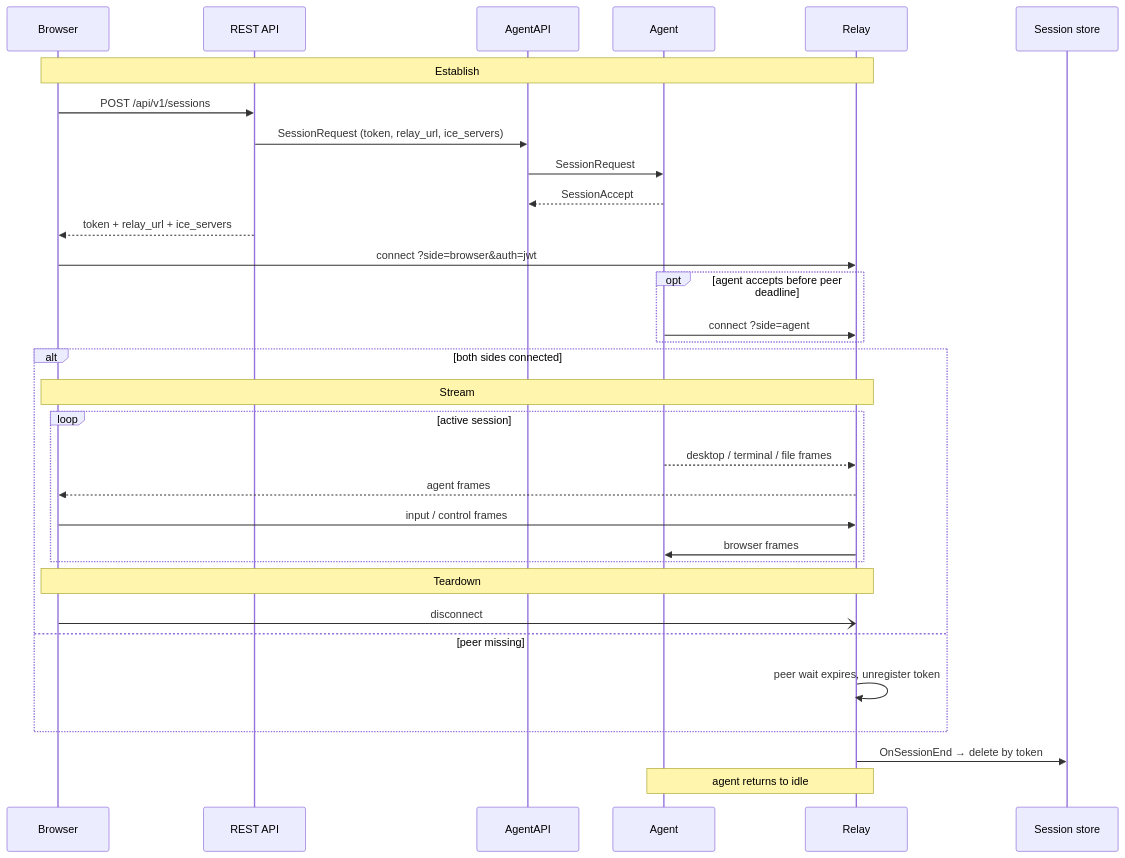
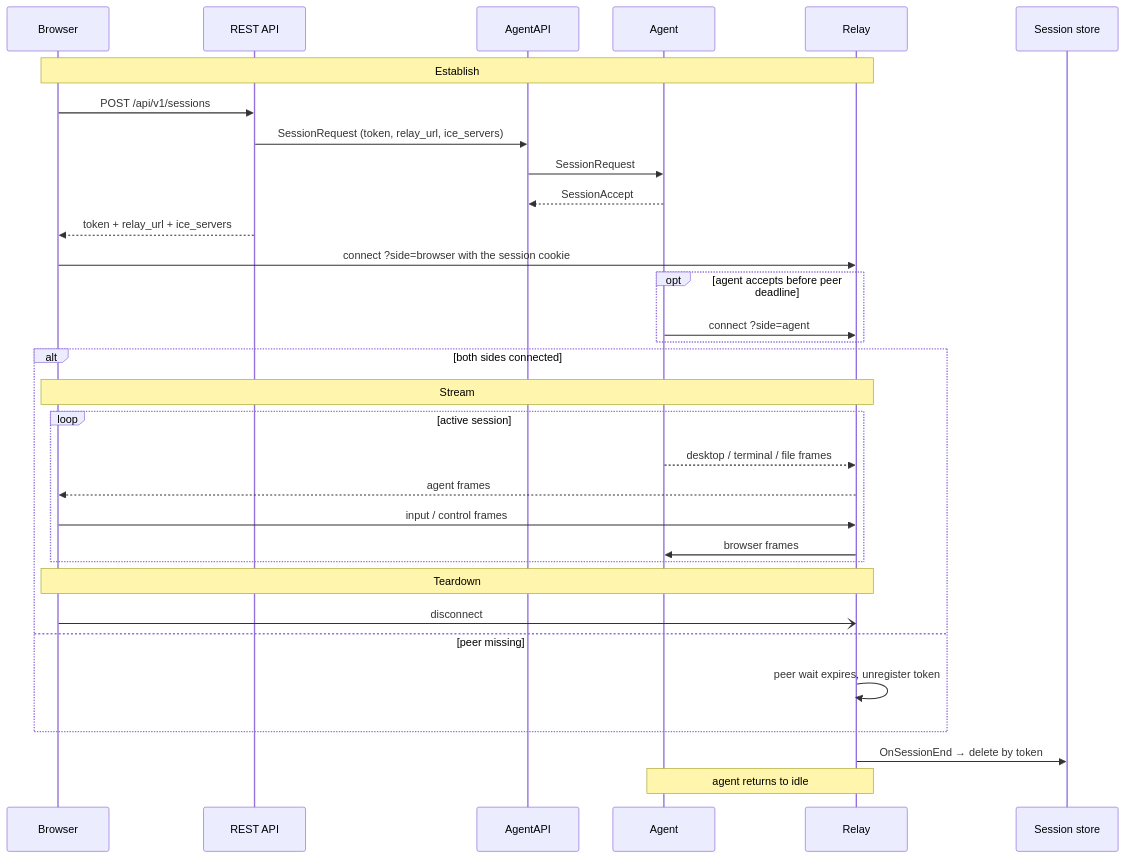
One commit to volchanskyi/opengate changed the fifth of 6 diagrams in docs/architecture/System-Architecture.md. Above: the diagram before and after it, drawn with Mermaid. The commit also changed other lines of this file and 481 other files, not shown here.

````diff
--- a/docs/architecture/System-Architecture.md
+++ b/docs/architecture/System-Architecture.md
@@ -258,36 +291,36 @@
 ```mermaid
 sequenceDiagram
   participant Browser
   participant REST as REST API
   participant AgentAPI
   participant Agent
   participant Relay
   participant Sessions as Session store
 
   Note over Browser,Relay: Establish
   Browser->>REST: POST /api/v1/sessions
   REST->>AgentAPI: SessionRequest (token, relay_url, ice_servers)
   AgentAPI->>Agent: SessionRequest
   Agent-->>AgentAPI: SessionAccept
   REST-->>Browser: token + relay_url + ice_servers
-  Browser->>Relay: connect ?side=browser&auth=jwt
+  Browser->>Relay: connect ?side=browser with the session cookie
   opt agent accepts before peer deadline
     Agent->>Relay: connect ?side=agent
   end
 
   alt both sides connected
     Note over Browser,Relay: Stream
     loop active session
       Agent-->>Relay: desktop / terminal / file frames
       Relay-->>Browser: agent frames
       Browser->>Relay: input / control frames
       Relay->>Agent: browser frames
     end
     Note over Browser,Relay: Teardown
     Browser-)Relay: disconnect
   else peer missing
     Relay->>Relay: peer wait expires, unregister token
   end
   Relay->>Sessions: OnSessionEnd → delete by token
   Note over Agent,Relay: agent returns to idle
 ```
````
